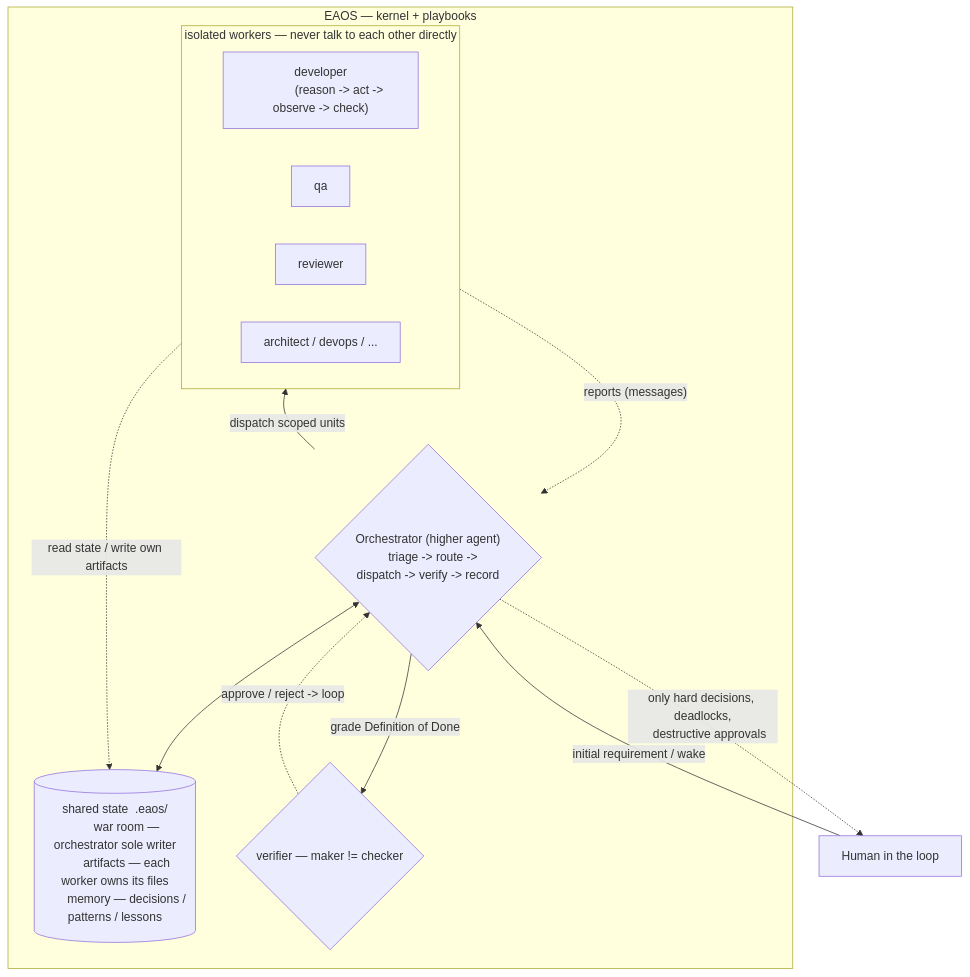
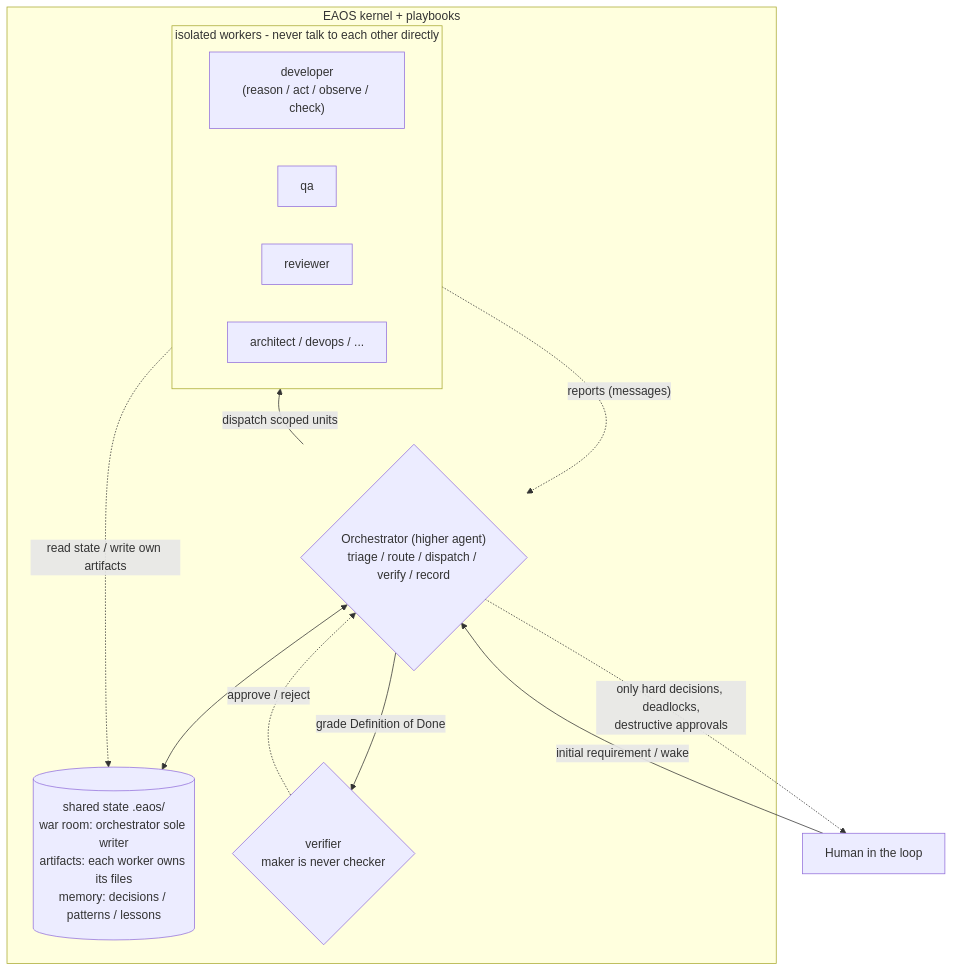
Before and after one commit to AmbitiousSam/eng-agent-os: the diagram in README.md, drawn with Mermaid. The commit also changed 1 other file, not shown here.

Commit message:
Fix mermaid rendering; smarter loop_guard (vary retries, error classes, attempt ledger)

````diff
--- a/README.md
+++ b/README.md
@@ -112,27 +112,21 @@
 ```mermaid
 flowchart TB
-    H["Human in the loop"] -- "initial requirement / wake" --> O{"Orchestrator (higher agent)
-    triage -> route -> dispatch -> verify -> record"}
-    O -. "only hard decisions, deadlocks,
-    destructive approvals" .-> H
-    subgraph EAOS["EAOS — kernel + playbooks"]
-        subgraph W["isolated workers — never talk to each other directly"]
-            W1["developer
-            (reason -> act -> observe -> check)"]
+    H["Human in the loop"] -- "initial requirement / wake" --> O{"Orchestrator (higher agent)<br/>triage / route / dispatch / verify / record"}
+    O -. "only hard decisions, deadlocks,<br/>destructive approvals" .-> H
+    subgraph EAOS["EAOS kernel + playbooks"]
+        subgraph W["isolated workers - never talk to each other directly"]
+            W1["developer<br/>(reason / act / observe / check)"]
             W2["qa"]
             W3["reviewer"]
             W4["architect / devops / ..."]
         end
         O -- "dispatch scoped units" --> W
         W -. "reports (messages)" .-> O
-        S[("shared state  .eaos/
-        war room — orchestrator sole writer
-        artifacts — each worker owns its files
-        memory — decisions / patterns / lessons")]
+        S[("shared state .eaos/<br/>war room: orchestrator sole writer<br/>artifacts: each worker owns its files<br/>memory: decisions / patterns / lessons")]
         O <--> S
         W -. "read state / write own artifacts" .-> S
-        V{"verifier — maker != checker"}
+        V{"verifier<br/>maker is never checker"}
         O -- "grade Definition of Done" --> V
-        V -. "approve / reject -> loop" .-> O
+        V -. "approve / reject" .-> O
     end
 ```
````
